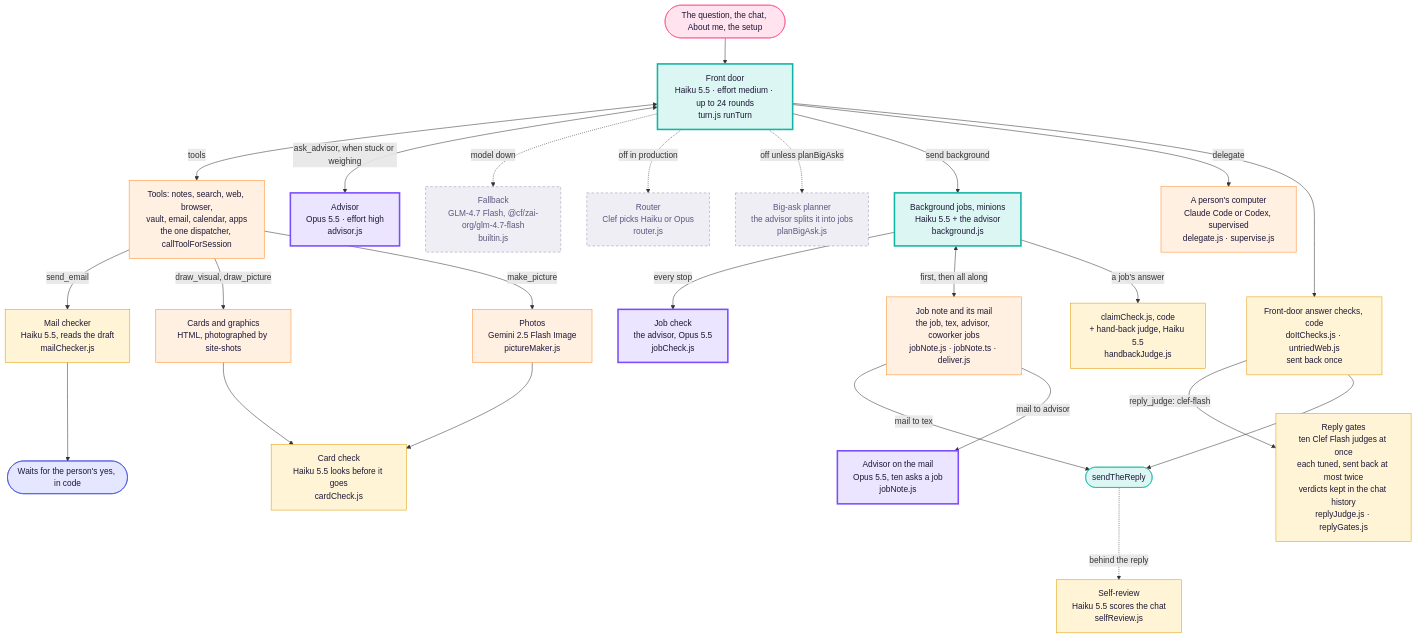
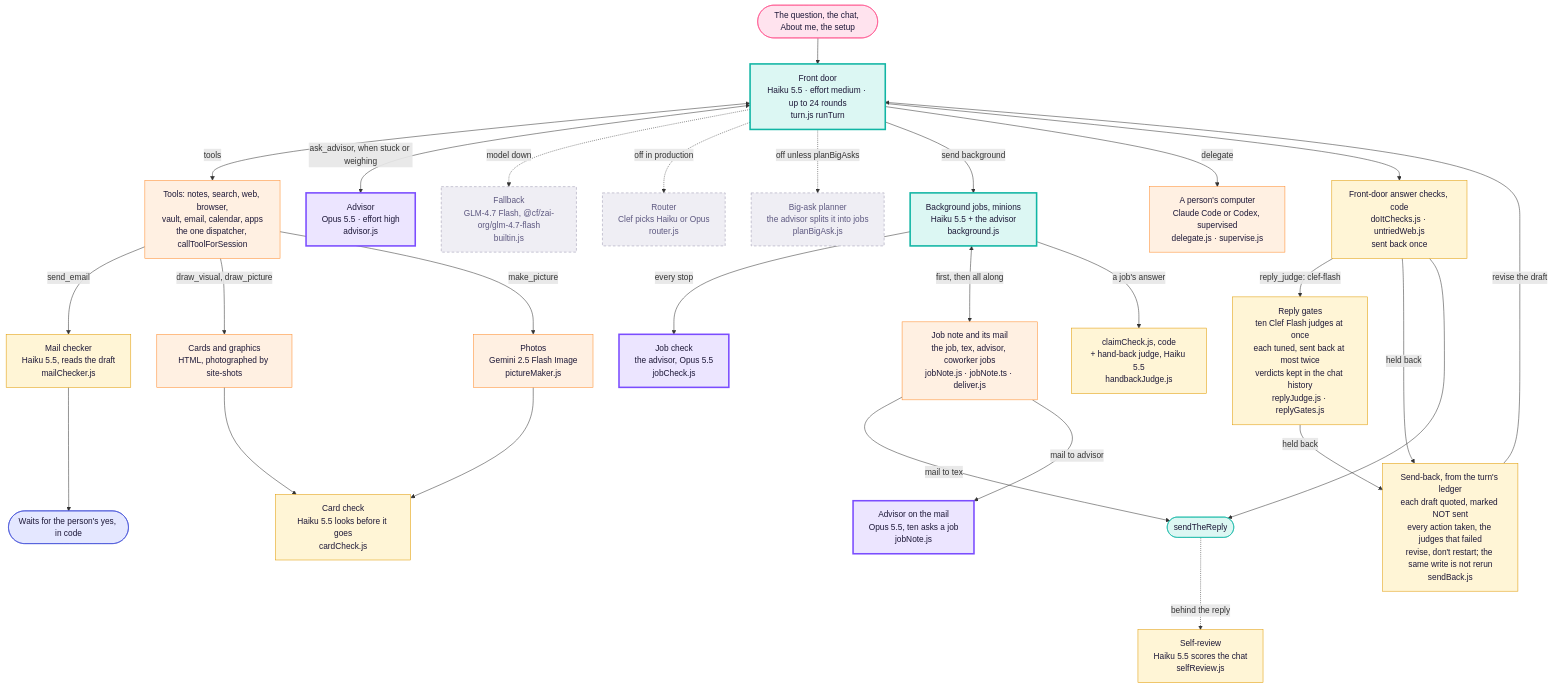
Before and after one commit to Supa-Media/context: the third of 3 diagrams in docs/architecture/tex.md, drawn with Mermaid. The commit also changed other lines of this file and 5 other files, not shown here.

First line of the commit message:
Tex: a send-back is written from the turn's ledger, and a rewrite never repeats a write (#3045)

````diff
--- a/docs/architecture/tex.md
+++ b/docs/architecture/tex.md
@@ -111,39 +111,42 @@
 ```mermaid
 flowchart TB
   Q([The question, the chat, About me, the setup]):::you --> FD
   FD["Front door<br/>Haiku 5.5 · effort medium · up to 24 rounds<br/>turn.js runTurn"]:::haiku
   FD <-->|tools| T["Tools: notes, search, web, browser,<br/>vault, email, calendar, apps<br/>the one dispatcher, callToolForSession"]:::tool
   FD <-->|ask_advisor, when stuck or weighing| ADV["Advisor<br/>Opus 5.5 · effort high<br/>advisor.js"]:::opus
   FD -. model down .-> FB["Fallback<br/>GLM-4.7 Flash, @cf/zai-org/glm-4.7-flash<br/>builtin.js"]:::off
   FD -. off in production .-> RT["Router<br/>Clef picks Haiku or Opus<br/>router.js"]:::off
   FD -. off unless planBigAsks .-> PL["Big-ask planner<br/>the advisor splits it into jobs<br/>planBigAsk.js"]:::off
 
   FD -->|send background| JOB["Background jobs, minions<br/>Haiku 5.5 + the advisor<br/>background.js"]:::haiku
   JOB -->|every stop| JC["Job check<br/>the advisor, Opus 5.5<br/>jobCheck.js"]:::opus
   JOB <-->|first, then all along| JN["Job note and its mail<br/>the job, tex, advisor, coworker jobs<br/>jobNote.js · jobNote.ts · deliver.js"]:::tool
   JN -->|mail to tex| SEND
   JN -->|mail to advisor| JNA["Advisor on the mail<br/>Opus 5.5, ten asks a job<br/>jobNote.js"]:::opus
   JOB -->|a job's answer| JCK["claimCheck.js, code<br/>+ hand-back judge, Haiku 5.5<br/>handbackJudge.js"]:::judge
   FD -->|delegate| DL["A person's computer<br/>Claude Code or Codex, supervised<br/>delegate.js · supervise.js"]:::tool
 
   T -->|send_email| MC["Mail checker<br/>Haiku 5.5, reads the draft<br/>mailChecker.js"]:::judge
   MC --> YES([Waits for the person's yes, in code]):::rail
   T -->|draw_visual, draw_picture| PIC["Cards and graphics<br/>HTML, photographed by site-shots"]:::tool
   T -->|make_picture| IMG["Photos<br/>Gemini 2.5 Flash Image<br/>pictureMaker.js"]:::tool
   PIC --> CC["Card check<br/>Haiku 5.5 looks before it goes<br/>cardCheck.js"]:::judge
   IMG --> CC
 
   FD --> CHK["Front-door answer checks, code<br/>doItChecks.js · untriedWeb.js<br/>sent back once"]:::judge
   CHK -->|reply_judge: clef-flash| RJ["Reply gates<br/>ten Clef Flash judges at once<br/>each tuned, sent back at most twice<br/>verdicts kept in the chat history<br/>replyJudge.js · replyGates.js"]:::judge
+  CHK -->|held back| SB["Send-back, from the turn's ledger<br/>each draft quoted, marked NOT sent<br/>every action taken, the judges that failed<br/>revise, don't restart; the same write is not rerun<br/>sendBack.js"]:::judge
+  RJ -->|held back| SB
+  SB -->|revise the draft| FD
   CHK --> SEND([sendTheReply]):::door
   SEND -. behind the reply .-> SR["Self-review<br/>Haiku 5.5 scores the chat<br/>selfReview.js"]:::judge
 
   classDef you fill:#ffe3ee,stroke:#ff4f8b,color:#1d1838
   classDef haiku fill:#dcf7f3,stroke:#11b5a4,stroke-width:3px,color:#1d1838
   classDef opus fill:#ece5ff,stroke:#7b4dff,stroke-width:3px,color:#1d1838
   classDef judge fill:#fff5d6,stroke:#e09a00,color:#1d1838
   classDef tool fill:#fff0e2,stroke:#ff8a2a,color:#1d1838
   classDef rail fill:#e4e7ff,stroke:#3c4bd6,color:#1d1838
   classDef door fill:#dcf7f3,stroke:#11b5a4,color:#1d1838
   classDef off fill:#efeef4,stroke:#9a97b0,stroke-dasharray:5 4,color:#5d5880
 ```
````
